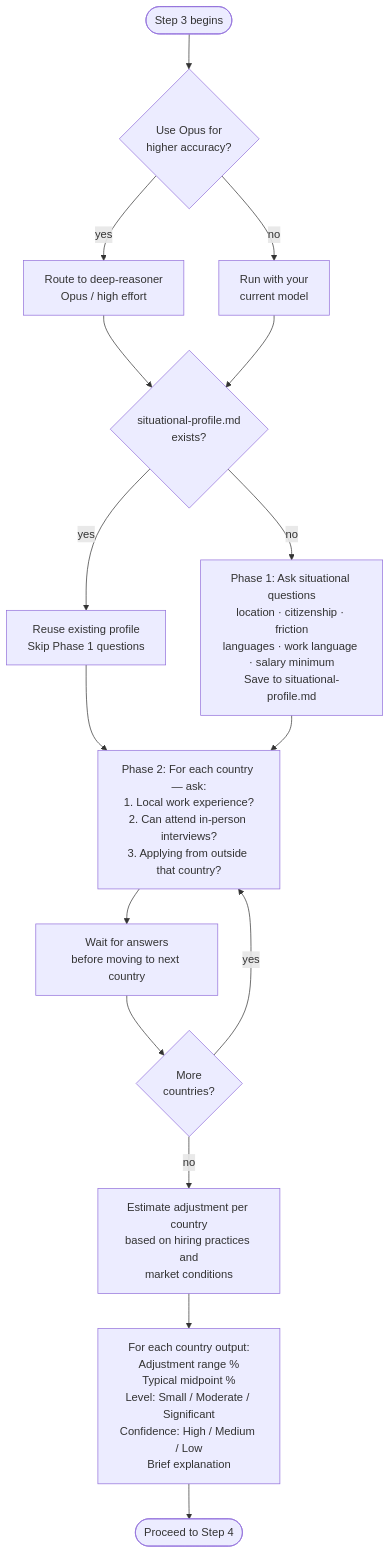
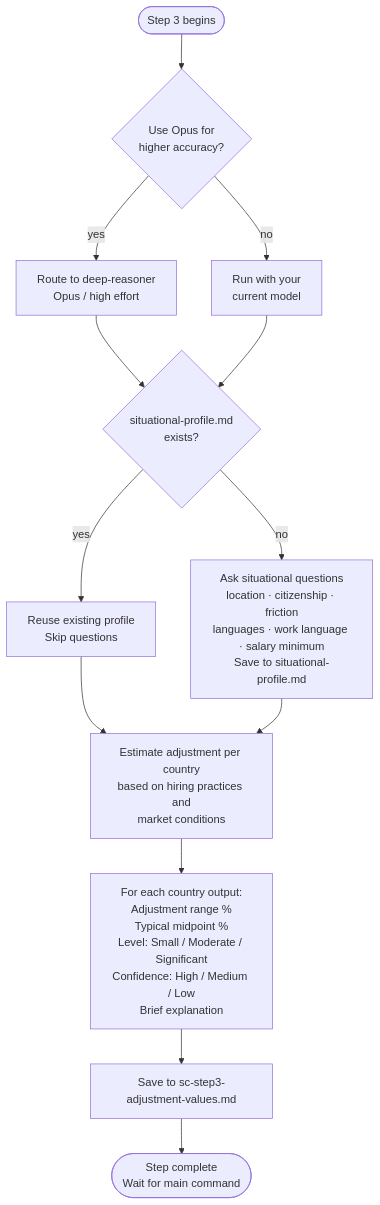
One commit to myowinthein/agent-compass changed the diagram in docs/commands/salary-calculator/step3-international-adjustment.md. Above: the diagram before and after it, drawn with Mermaid. The commit also changed other lines of this file and 7 other files, not shown here.

````diff
--- a/docs/commands/salary-calculator/step3-international-adjustment.md
+++ b/docs/commands/salary-calculator/step3-international-adjustment.md
@@ -14,20 +14,15 @@
 ```mermaid
 flowchart TD
   Start([Step 3 begins]) --> OpusQ{Use Opus for\nhigher accuracy?}
   OpusQ -->|yes| DeepReasoner[Route to deep-reasoner\nOpus / high effort]
   OpusQ -->|no| CurrentModel[Run with your\ncurrent model]
   DeepReasoner --> SitCheck
   CurrentModel --> SitCheck{situational-profile.md\nexists?}
-  SitCheck -->|yes| ReuseSit[Reuse existing profile\nSkip Phase 1 questions]
-  SitCheck -->|no| Phase1[Phase 1: Ask situational questions\nlocation · citizenship · friction\nlanguages · work language · salary minimum\nSave to situational-profile.md]
-  ReuseSit --> Phase2
-  Phase1 --> Phase2
-
-  Phase2[Phase 2: For each country — ask:\n1. Local work experience?\n2. Can attend in-person interviews?\n3. Applying from outside that country?] --> WaitAnswer[Wait for answers\nbefore moving to next country]
-  WaitAnswer --> More{More\ncountries?}
-  More -->|yes| Phase2
-  More -->|no| Estimate
-
+  SitCheck -->|yes| ReuseSit[Reuse existing profile\nSkip questions]
+  SitCheck -->|no| SitQ[Ask situational questions\nlocation · citizenship · friction\nlanguages · work language · salary minimum\nSave to situational-profile.md]
+  ReuseSit --> Estimate
+  SitQ --> Estimate
   Estimate[Estimate adjustment per country\nbased on hiring practices and\nmarket conditions] --> Output[For each country output:\nAdjustment range %\nTypical midpoint %\nLevel: Small / Moderate / Significant\nConfidence: High / Medium / Low\nBrief explanation]
-  Output --> Done([Proceed to Step 4])
+  Output --> Save[Save to sc-step3-adjustment-values.md]
+  Save --> Done([Step complete\nWait for main command])
 ```
````
